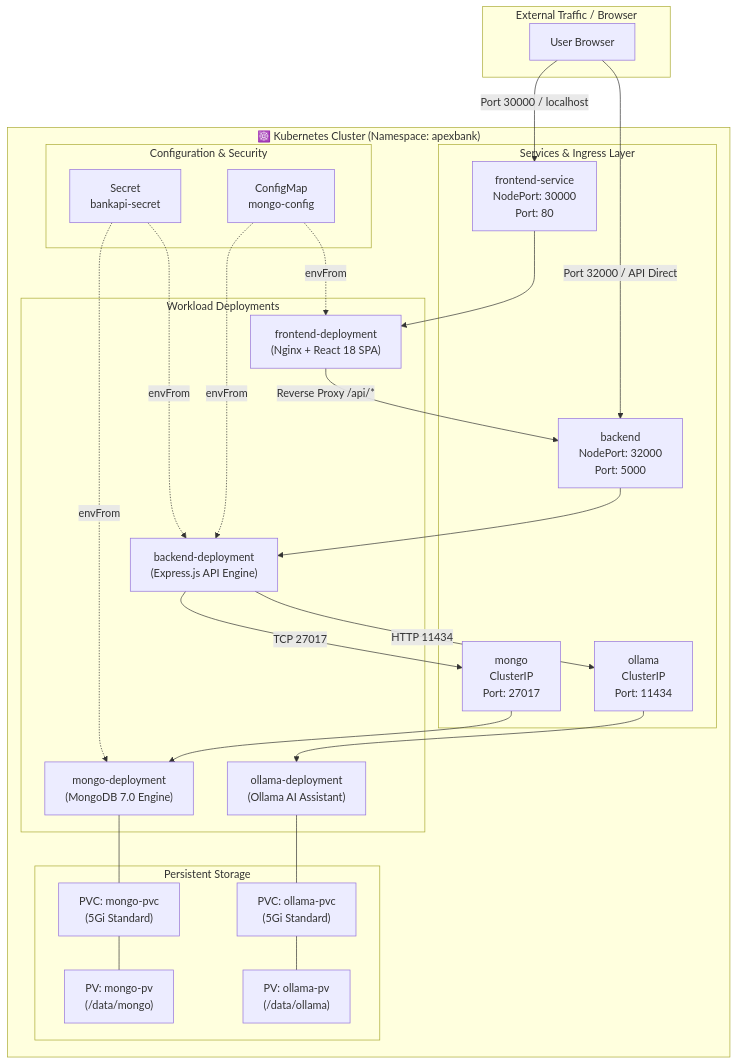
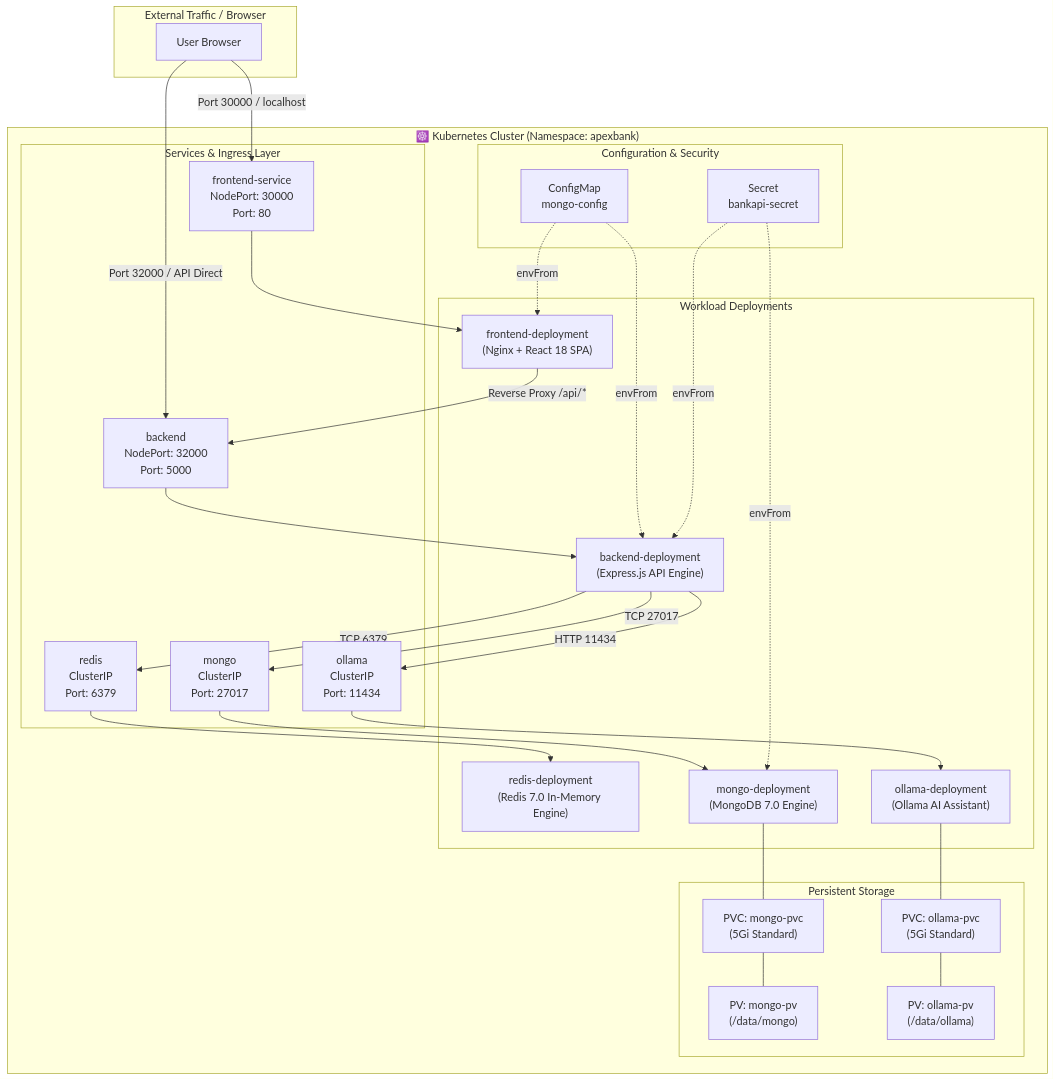
Before and after one commit to buildwithsumeet/ai-bank-app: the second of 3 diagrams in README.md, drawn with Mermaid. The commit also changed other lines of this file and 10 other files, not shown here.

````diff
--- a/README.md
+++ b/README.md
@@ -403,54 +437,58 @@
 ```mermaid
 graph TB
     subgraph Client["External Traffic / Browser"]
         User["User Browser"]
     end
 
     subgraph Cluster["☸️ Kubernetes Cluster (Namespace: apexbank)"]
         subgraph Ingress["Services & Ingress Layer"]
             FESvc["frontend-service\nNodePort: 30000\nPort: 80"]
             BESvc["backend\nNodePort: 32000\nPort: 5000"]
+            RedisSvc["redis\nClusterIP\nPort: 6379"]
             MongoSvc["mongo\nClusterIP\nPort: 27017"]
             OllamaSvc["ollama\nClusterIP\nPort: 11434"]
         end
 
         subgraph Workloads["Workload Deployments"]
             FEPod["frontend-deployment\n(Nginx + React 18 SPA)"]
             BEPod["backend-deployment\n(Express.js API Engine)"]
+            RedisPod["redis-deployment\n(Redis 7.0 In-Memory Engine)"]
             MongoPod["mongo-deployment\n(MongoDB 7.0 Engine)"]
             OllamaPod["ollama-deployment\n(Ollama AI Assistant)"]
         end
 
         subgraph Config["Configuration & Security"]
             CM["ConfigMap\nmongo-config"]
             SEC["Secret\nbankapi-secret"]
         end
 
         subgraph Storage["Persistent Storage"]
             MongoPVC["PVC: mongo-pvc\n(5Gi Standard)"]
             OllamaPVC["PVC: ollama-pvc\n(5Gi Standard)"]
             MongoPV["PV: mongo-pv\n(/data/mongo)"]
             OllamaPV["PV: ollama-pv\n(/data/ollama)"]
         end
     end
 
     User -->|Port 30000 / localhost| FESvc
     User -->|Port 32000 / API Direct| BESvc
     FESvc --> FEPod
     FEPod -->|Reverse Proxy /api/*| BESvc
     BESvc --> BEPod
+    BEPod -->|TCP 6379| RedisSvc
+    RedisSvc --> RedisPod
     BEPod -->|TCP 27017| MongoSvc
     BEPod -->|HTTP 11434| OllamaSvc
     MongoSvc --> MongoPod
     OllamaSvc --> OllamaPod
 
     CM -.->|envFrom| BEPod
     CM -.->|envFrom| FEPod
     SEC -.->|envFrom| BEPod
     SEC -.->|envFrom| MongoPod
 
     MongoPod --- MongoPVC
     MongoPVC --- MongoPV
     OllamaPod --- OllamaPVC
     OllamaPVC --- OllamaPV
 ```
````
